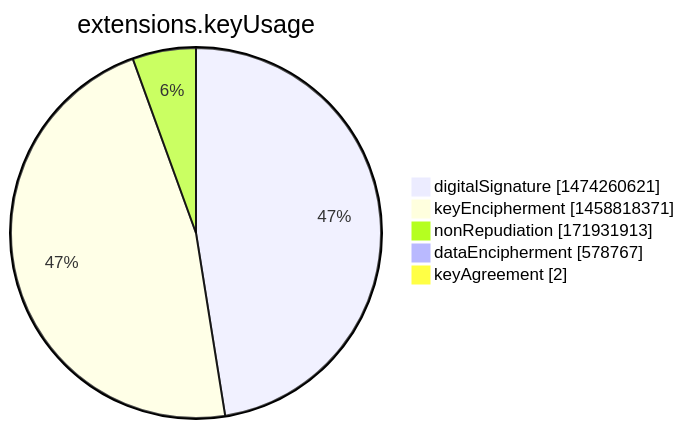
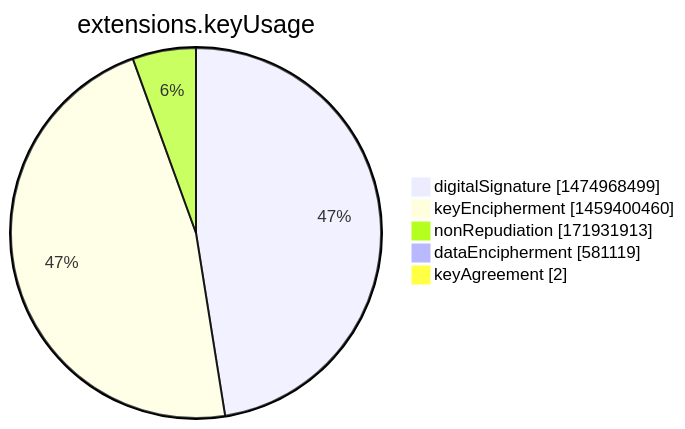
The seventh of 15 diagrams in argon2022/README.md (christiankrug/ctmonitor_visualization), drawn with Mermaid before and after one commit. The commit also changed other lines of this file, not shown here.

````diff
--- a/argon2022/README.md
+++ b/argon2022/README.md
@@ -2751,9 +2751,9 @@
 ```mermaid
 pie showData
 title extensions.keyUsage
-"digitalSignature" :1474260621
-"keyEncipherment" :1458818371
+"digitalSignature" :1474968499
+"keyEncipherment" :1459400460
 "nonRepudiation" :171931913
-"dataEncipherment" :578767
+"dataEncipherment" :581119
 "keyAgreement" :2
 ```
````
